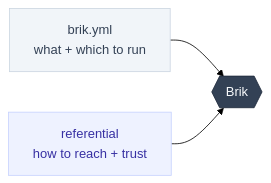
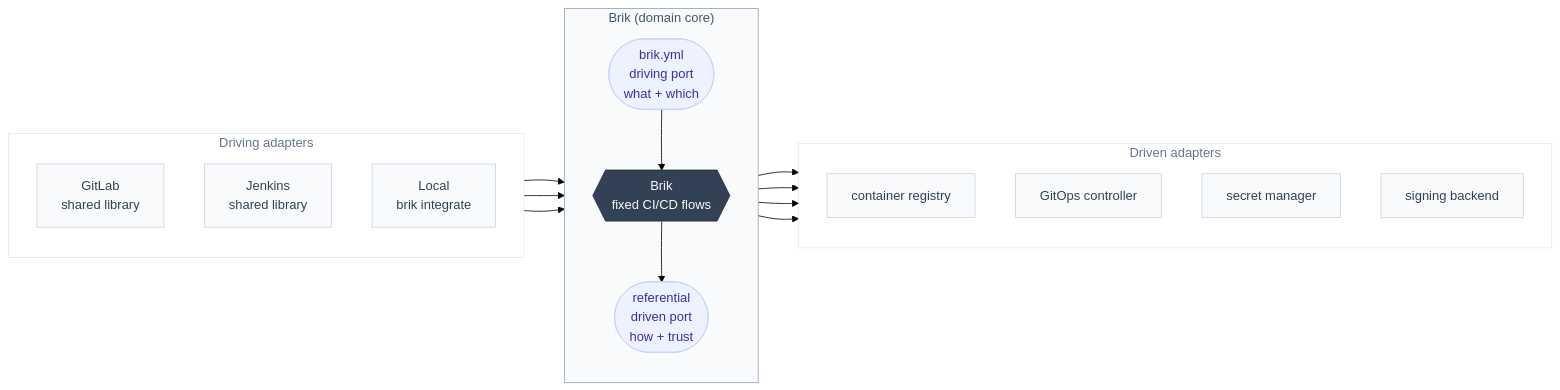
One commit to getbrik/brik changed the second of 4 diagrams in README.md. Above: the diagram before and after it, drawn with Mermaid (forest theme). The commit also changed other lines of this file, not shown here.

First line of the commit message:
docs(readme): frame brik.yml and the referential as hexagonal ports and adapters

````diff
--- a/README.md
+++ b/README.md
@@ -194,13 +213,40 @@
 ```mermaid
 flowchart LR
-    PROJ["brik.yml<br/>what + which to run"]:::intent
-    REF["referential<br/>how to reach + trust"]:::wiring
-    BRIK{{"Brik"}}:::tool
+    subgraph DRIVE["Driving adapters"]
+        direction TB
+        GL["GitLab<br/>shared library"]:::adapter
+        JK["Jenkins<br/>shared library"]:::adapter
+        LO["Local<br/>brik integrate"]:::adapter
+    end
 
-    PROJ --> BRIK
-    REF --> BRIK
+    subgraph CORE["Brik (domain core)"]
+        direction TB
+        PPORT(["brik.yml<br/>driving port<br/>what + which"]):::port
+        ENGINE{{"Brik<br/>fixed CI/CD flows"}}:::tool
+        IPORT(["referential<br/>driven port<br/>how + trust"]):::port
+        PPORT --> ENGINE --> IPORT
+    end
 
-    classDef intent fill:#f1f5f9,stroke:#cbd5e1,color:#334155
-    classDef wiring fill:#eef2ff,stroke:#c7d2fe,color:#3730a3
+    subgraph DRIVEN["Driven adapters"]
+        direction TB
+        REG["container registry"]:::adapter
+        GO["GitOps controller"]:::adapter
+        SEC["secret manager"]:::adapter
+        SIGN["signing backend"]:::adapter
+    end
+
+    GL --> PPORT
+    JK --> PPORT
+    LO --> PPORT
+    IPORT --> REG
+    IPORT --> GO
+    IPORT --> SEC
+    IPORT --> SIGN
+
+    classDef adapter fill:#f8fafc,stroke:#cbd5e1,color:#334155
+    classDef port fill:#eef2ff,stroke:#c7d2fe,color:#3730a3
     classDef tool fill:#334155,stroke:#1e293b,color:#f8fafc
+    style CORE fill:#f8fafc,stroke:#94a3b8,color:#475569
+    style DRIVE fill:#ffffff,stroke:#e2e8f0,color:#64748b
+    style DRIVEN fill:#ffffff,stroke:#e2e8f0,color:#64748b
 ```
````
